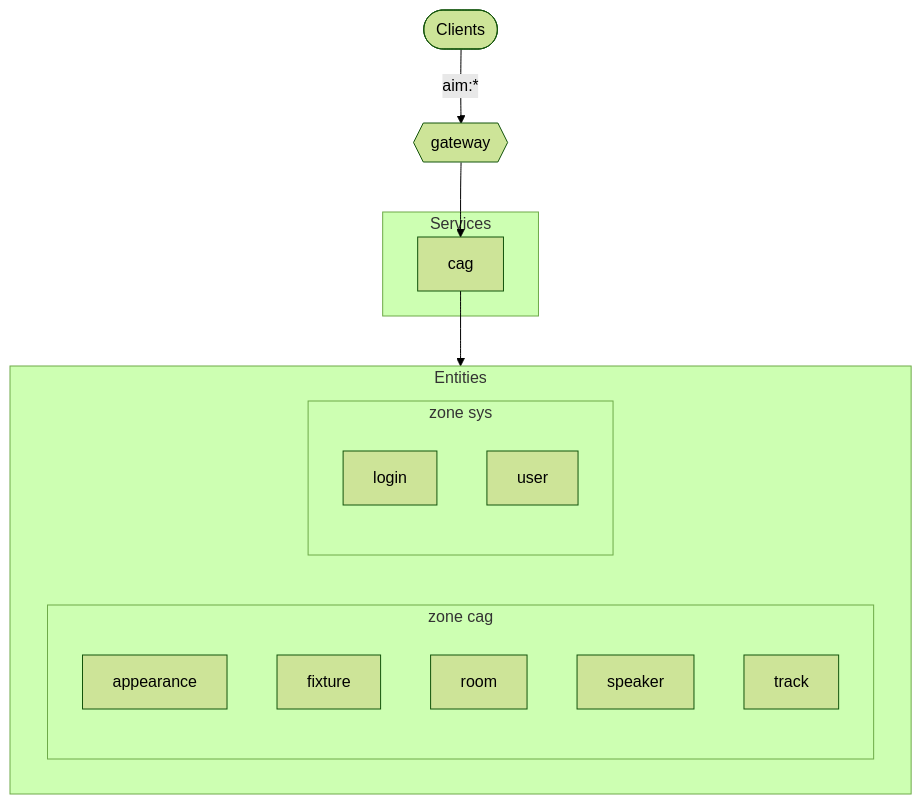
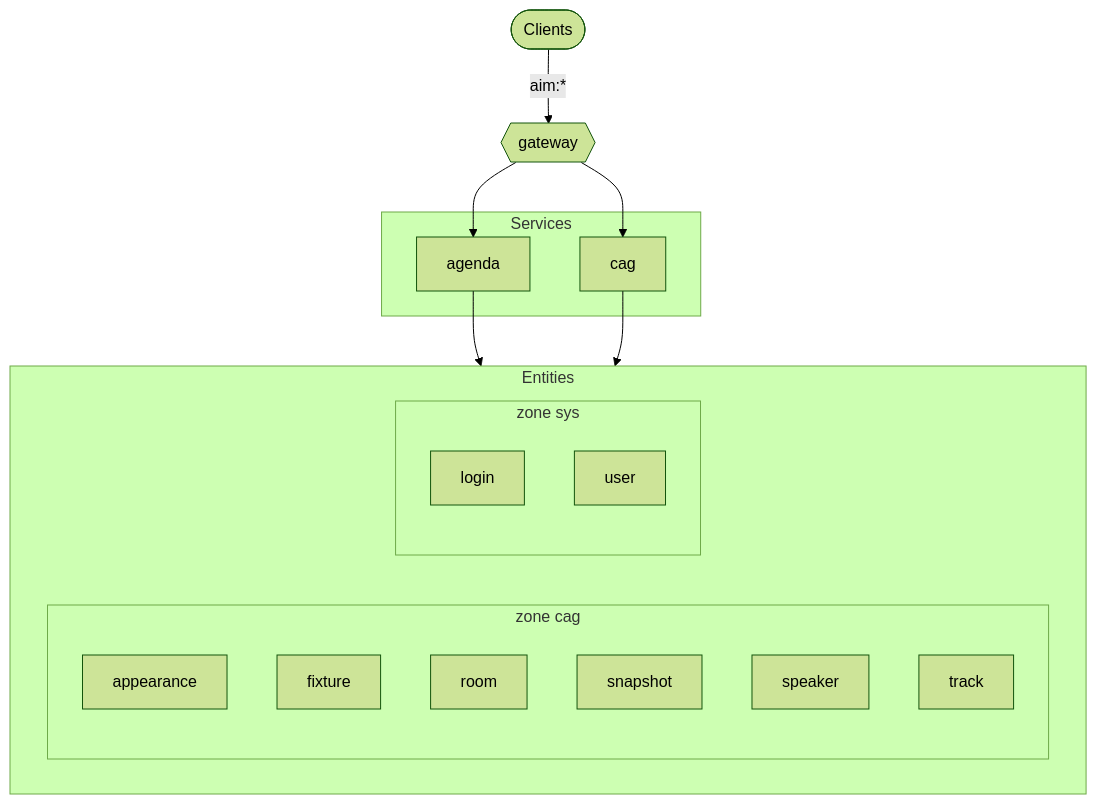
Before and after one commit to voxgig/conf-agenda: the first of 2 diagrams in docs/reference/system-map.md, drawn with Mermaid (forest theme). The commit also changed 18 other files, not shown here.

````diff
--- a/docs/reference/system-map.md
+++ b/docs/reference/system-map.md
@@ -10,22 +10,26 @@
 ```mermaid
 flowchart TB
   client([Clients]) -->|aim:*| gateway{{gateway}}
   subgraph services[Services]
+    srv_agenda[agenda]
     srv_cag[cag]
   end
+  gateway --> srv_agenda
   gateway --> srv_cag
   subgraph data[Entities]
     subgraph zone_cag[zone cag]
       cag_appearance[appearance]
       cag_fixture[fixture]
       cag_room[room]
+      cag_snapshot[snapshot]
       cag_speaker[speaker]
       cag_track[track]
     end
     subgraph zone_sys[zone sys]
       sys_login[login]
       sys_user[user]
     end
   end
+  srv_agenda --> data
   srv_cag --> data
 ```
````
